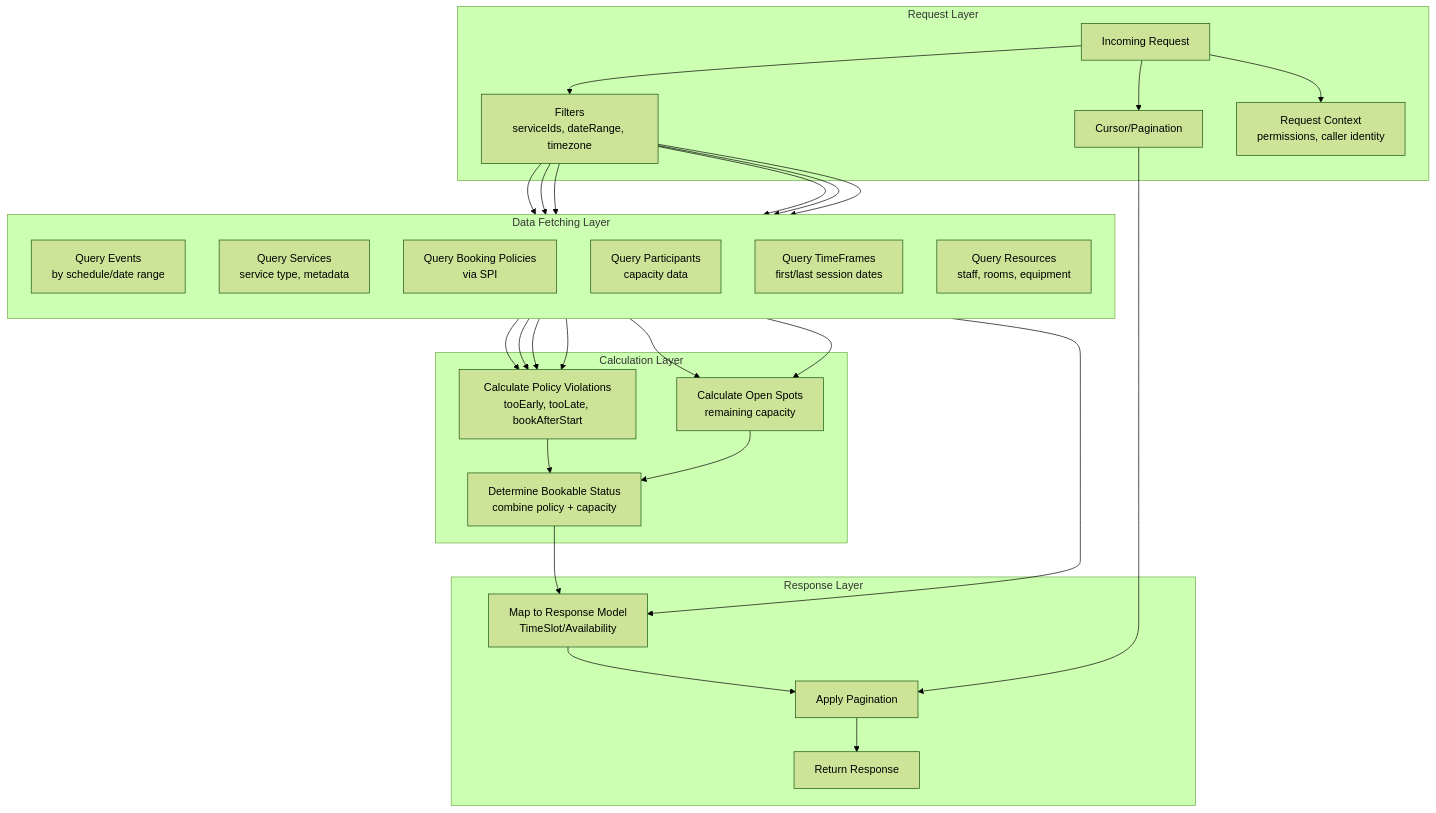
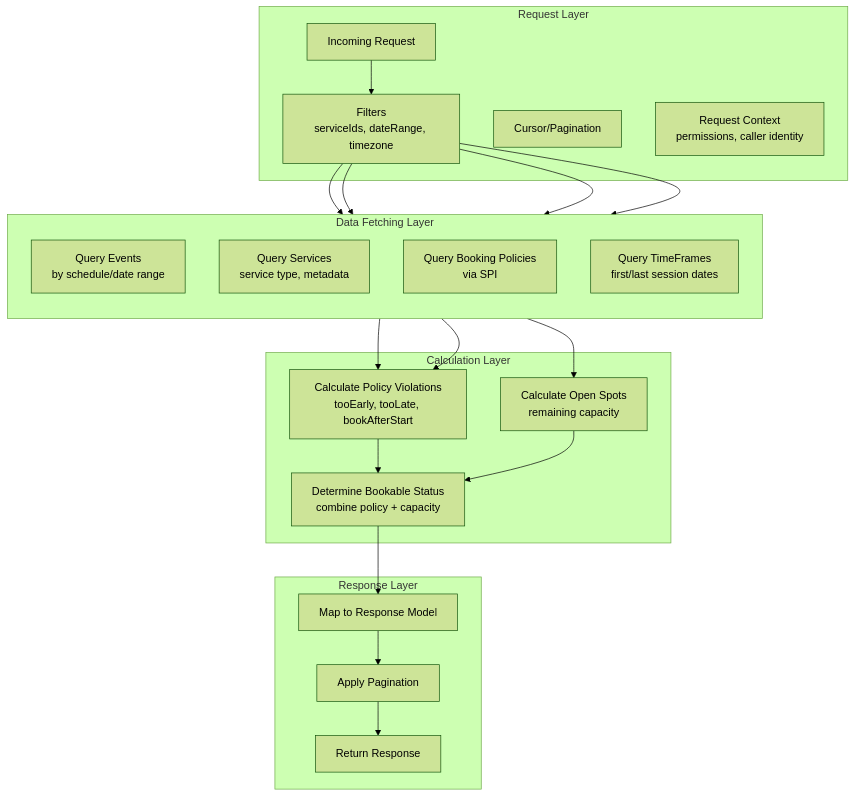
One commit to TamirCohen-Wix/Tamir-Learning changed the fourth of 12 diagrams in Service-Availabilty/Course Availability Design - COMPLETE.md. Above: the diagram before and after it, drawn with Mermaid (forest theme). The commit also changed other lines of this file and 1 other file, not shown here.

````diff
--- a/Service-Availabilty/Course Availability Design - COMPLETE.md
+++ b/Service-Availabilty/Course Availability Design - COMPLETE.md
@@ -212,59 +304,46 @@
 ```mermaid
 flowchart TD
     subgraph "Request Layer"
         REQ[Incoming Request]
         FILTER[Filters<br/>serviceIds, dateRange, timezone]
         CURSOR[Cursor/Pagination]
         CTX[Request Context<br/>permissions, caller identity]
     end
     
     subgraph "Data Fetching Layer"
         direction TB
         QE[Query Events<br/>by schedule/date range]
         QS[Query Services<br/>service type, metadata]
         QBP[Query Booking Policies<br/>via SPI]
-        QP[Query Participants<br/>capacity data]
         QTF[Query TimeFrames<br/>first/last session dates]
-        QR[Query Resources<br/>staff, rooms, equipment]
     end
     
     subgraph "Calculation Layer"
         CALC_POLICY[Calculate Policy Violations<br/>tooEarly, tooLate, bookAfterStart]
         CALC_CAPACITY[Calculate Open Spots<br/>remaining capacity]
         CALC_BOOKABLE[Determine Bookable Status<br/>combine policy + capacity]
     end
     
     subgraph "Response Layer"
-        MAP[Map to Response Model<br/>TimeSlot/Availability]
+        MAP[Map to Response Model]
         PAGE[Apply Pagination]
         RES[Return Response]
     end
     
     REQ --> FILTER
-    REQ --> CURSOR
-    REQ --> CTX
-    
     FILTER --> QE
     FILTER --> QS
     FILTER --> QBP
-    FILTER --> QP
     FILTER --> QTF
-    FILTER --> QR
-    
-    QE --> CALC_POLICY
-    QS --> CALC_POLICY
-    QBP --> CALC_POLICY
-    QTF --> CALC_POLICY
     
     QE --> CALC_CAPACITY
-    QP --> CALC_CAPACITY
+    QTF --> CALC_POLICY
+    QBP --> CALC_POLICY
     
     CALC_POLICY --> CALC_BOOKABLE
     CALC_CAPACITY --> CALC_BOOKABLE
     
     CALC_BOOKABLE --> MAP
-    QR --> MAP
     MAP --> PAGE
-    CURSOR --> PAGE
     PAGE --> RES
 ```
````
